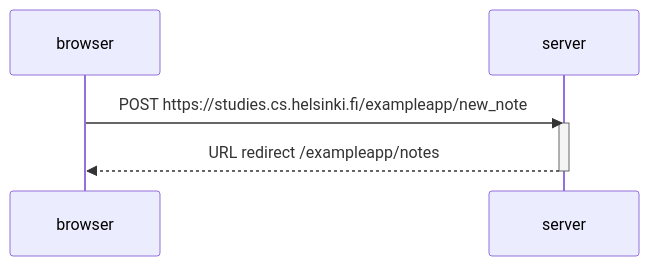
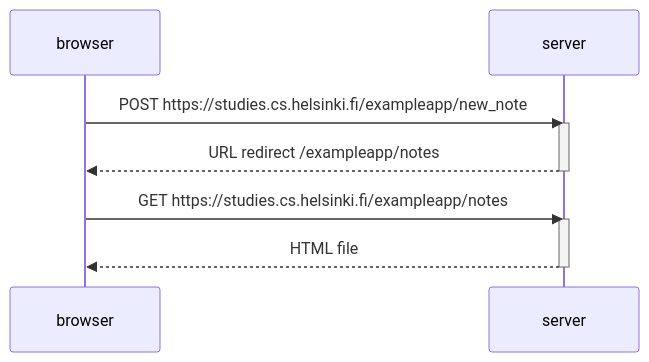
One commit to ngarciaotero/full_stack_open changed the diagram in part_0/new_note_diagram.md. Above: the diagram before and after it, drawn with Mermaid.

Commit message:
added browser GET HTTP request for notes page and the server response with html file

````diff
--- a/part_0/new_note_diagram.md
+++ b/part_0/new_note_diagram.md
@@ -1,10 +1,18 @@
 ```mermaid
 sequenceDiagram
     participant browser
     participant server
 
     browser->>server: POST https://studies.cs.helsinki.fi/exampleapp/new_note
     activate server
     server-->>browser: URL redirect /exampleapp/notes
     deactivate server
+
+    browser->>server: GET https://studies.cs.helsinki.fi/exampleapp/notes
+    activate server
+    server-->>browser: HTML file
+    deactivate server
+
+
+
 ```
````
